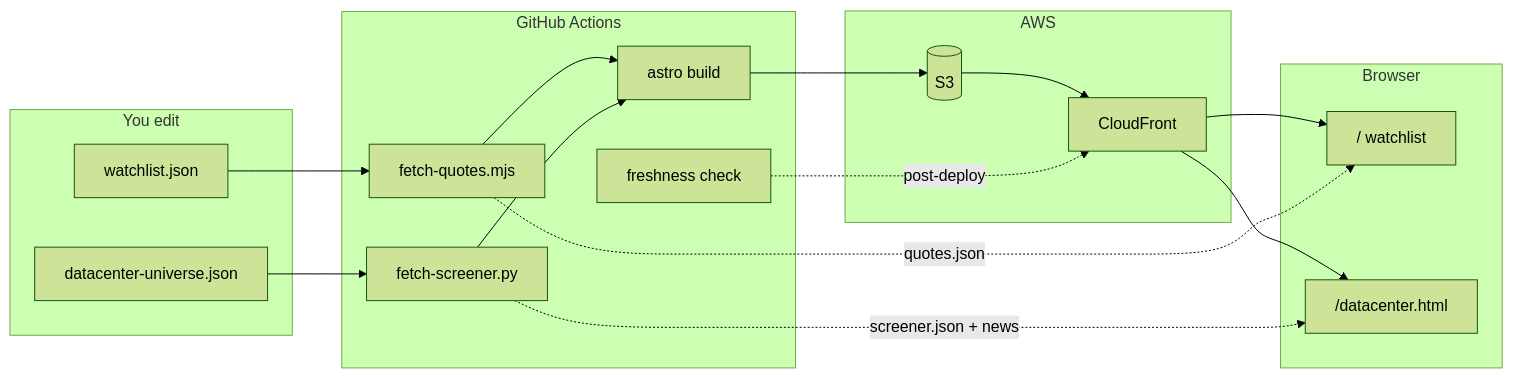
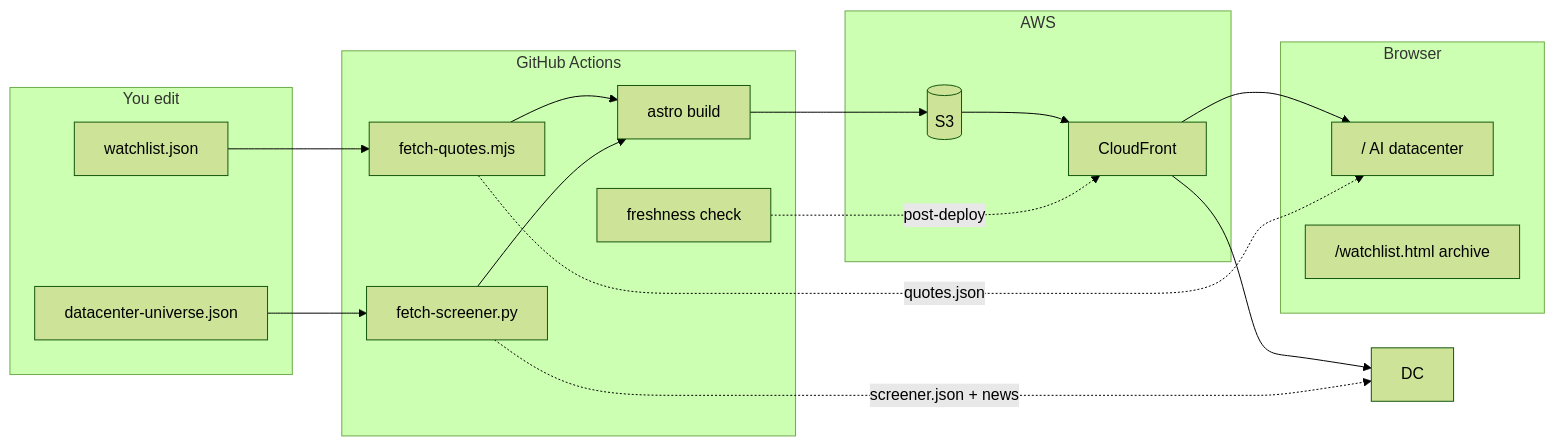
The first of 2 diagrams in stocks/radar/README.md (Jacob-Idolor/Pet_Projects), drawn with Mermaid (forest theme) before and after one commit. The commit also changed other lines of this file and 73 other files, not shown here.

````diff
--- a/stocks/radar/README.md
+++ b/stocks/radar/README.md
@@ -15,36 +17,36 @@
 ```mermaid
 flowchart LR
   subgraph edit [You edit]
     W[watchlist.json]
     U[datacenter-universe.json]
   end
 
   subgraph ci [GitHub Actions]
     Q[fetch-quotes.mjs]
     S[fetch-screener.py]
     B[astro build]
     F[freshness check]
   end
 
   subgraph host [AWS]
     S3[(S3)]
     CF[CloudFront]
   end
 
   subgraph browser [Browser]
-    Home["/ watchlist"]
-    DC["/datacenter.html"]
+    Home["/ AI datacenter"]
+    WL["/watchlist.html archive"]
   end
 
   W --> Q
   U --> S
   Q --> B
   S --> B
   B --> S3
   S3 --> CF
   CF --> Home
   CF --> DC
   Q -.->|quotes.json| Home
   S -.->|screener.json + news| DC
   F -.->|post-deploy| CF
 ```
````
